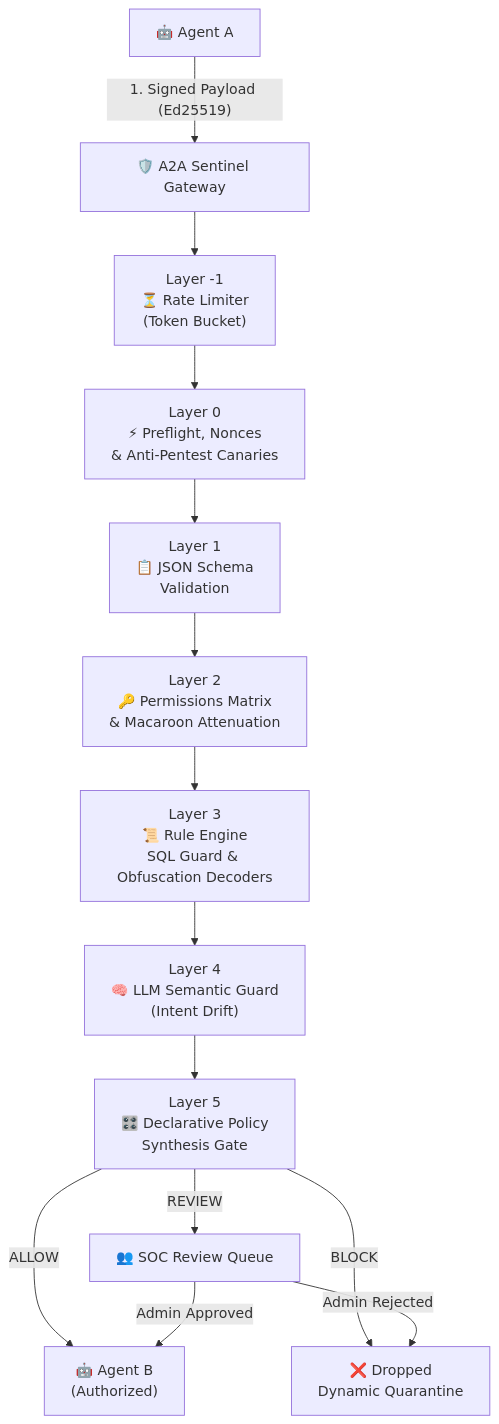
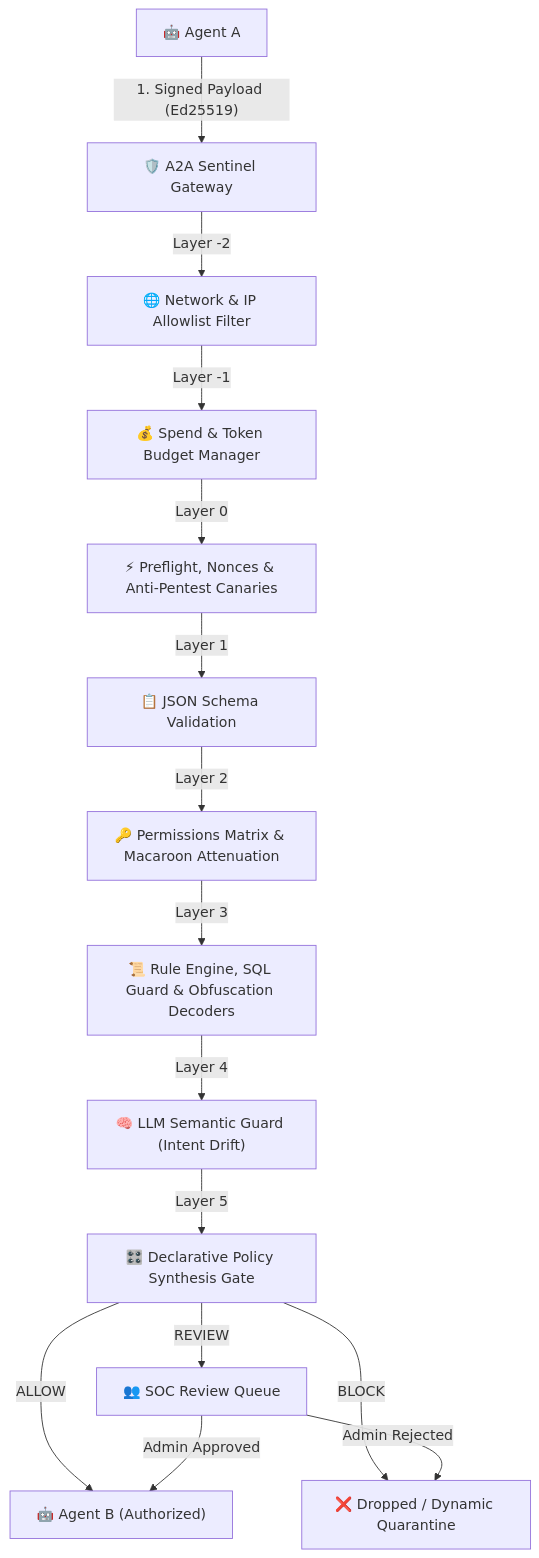
Before and after one commit to mananjp/a2a-firewall: the diagram in README.md, drawn with Mermaid. The commit also changed other lines of this file and 32 other files, not shown here.

Commit message:
feat(enterprise): add spend limits, RBAC, SCIM 2.0, audit logs, compliance posture, retention controls, and network/IP security

````diff
--- a/README.md
+++ b/README.md
@@ -20,35 +21,19 @@
 ```mermaid
 flowchart TD
-    A["🤖 Agent A"]
-
-    FW["🛡️ A2A Sentinel Gateway"]
-
-    Lm1["Layer -1<br/>⏳ Rate Limiter<br/>(Token Bucket)"]
-    L0["Layer 0<br/>⚡ Preflight, Nonces<br/>& Anti-Pentest Canaries"]
-    L1["Layer 1<br/>📋 JSON Schema<br/>Validation"]
-    L2["Layer 2<br/>🔑 Permissions Matrix<br/>& Macaroon Attenuation"]
-    L3["Layer 3<br/>📜 Rule Engine<br/>SQL Guard & Obfuscation Decoders"]
-    L4["Layer 4<br/>🧠 LLM Semantic Guard<br/>(Intent Drift)"]
-    L5["Layer 5<br/>🎛️ Declarative Policy<br/>Synthesis Gate"]
-
-    B["🤖 Agent B<br/>(Authorized)"]
-    ERR["❌ Dropped<br/>Dynamic Quarantine"]
-    RQ["👥 SOC Review Queue"]
-
-    A -->|"1. Signed Payload (Ed25519)"| FW
-
-    FW --> Lm1
-    Lm1 --> L0
-    L0 --> L1
-    L1 --> L2
-    L2 --> L3
-    L3 --> L4
-    L4 --> L5
-
-    L5 -->|"ALLOW"| B
-    L5 -->|"BLOCK"| ERR
-    L5 -->|"REVIEW"| RQ
-
+    A["🤖 Agent A"] -->|"1. Signed Payload (Ed25519)"| FW["🛡️ A2A Sentinel Gateway"]
+    FW -->|"Layer -2"| L_Net["🌐 Network & IP Allowlist Filter"]
+    L_Net -->|"Layer -1"| L_Spend["💰 Spend & Token Budget Manager"]
+    L_Spend -->|"Layer 0"| L0["⚡ Preflight, Nonces & Anti-Pentest Canaries"]
+    L0 -->|"Layer 1"| L1["📋 JSON Schema Validation"]
+    L1 -->|"Layer 2"| L2["🔑 Permissions Matrix & Macaroon Attenuation"]
+    L2 -->|"Layer 3"| L3["📜 Rule Engine, SQL Guard & Obfuscation Decoders"]
+    L3 -->|"Layer 4"| L4["🧠 LLM Semantic Guard (Intent Drift)"]
+    L4 -->|"Layer 5"| L5["🎛️ Declarative Policy Synthesis Gate"]
+    
+    L5 -->|"ALLOW"| B["🤖 Agent B (Authorized)"]
+    L5 -->|"BLOCK"| Err["❌ Dropped / Dynamic Quarantine"]
+    L5 -->|"REVIEW"| RQ["👥 SOC Review Queue"]
+    
     RQ -->|"Admin Approved"| B
-    RQ -->|"Admin Rejected"| ERR
+    RQ -->|"Admin Rejected"| Err
 ```
````
